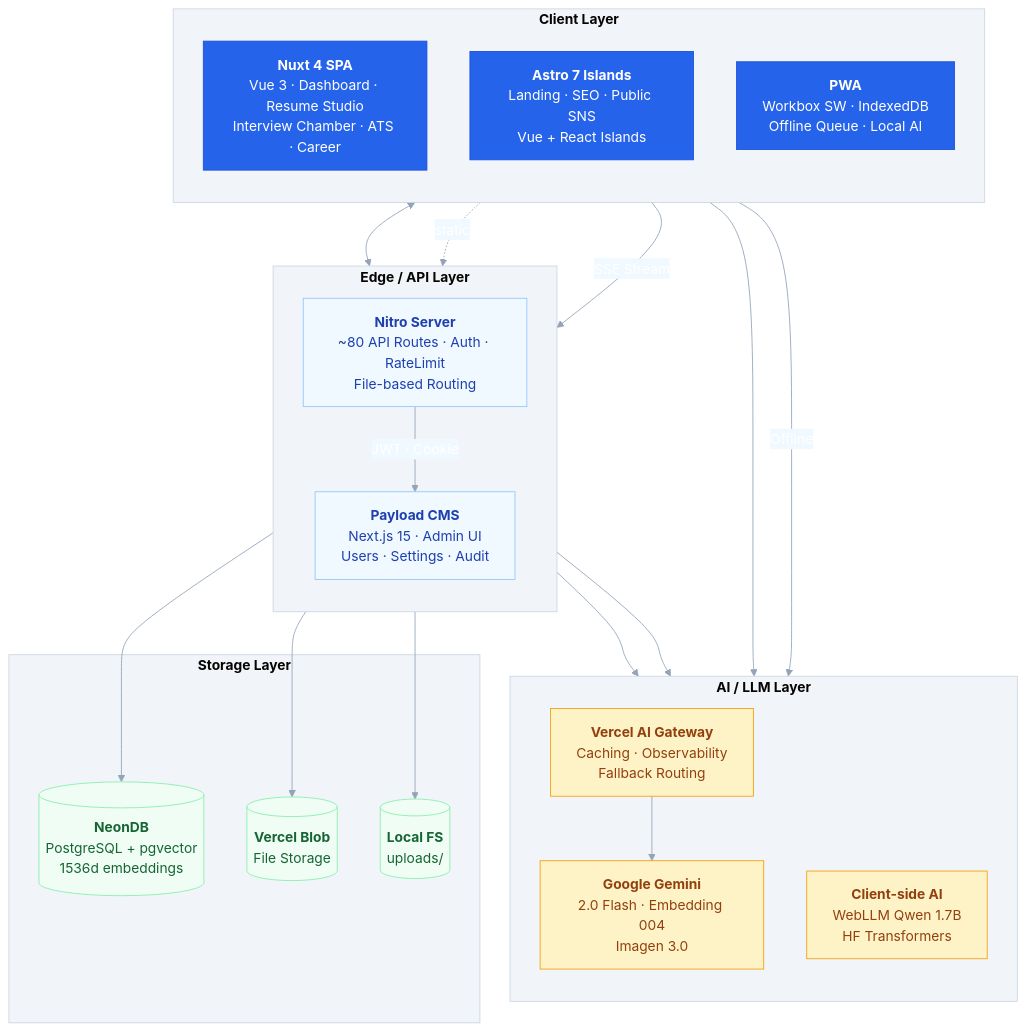
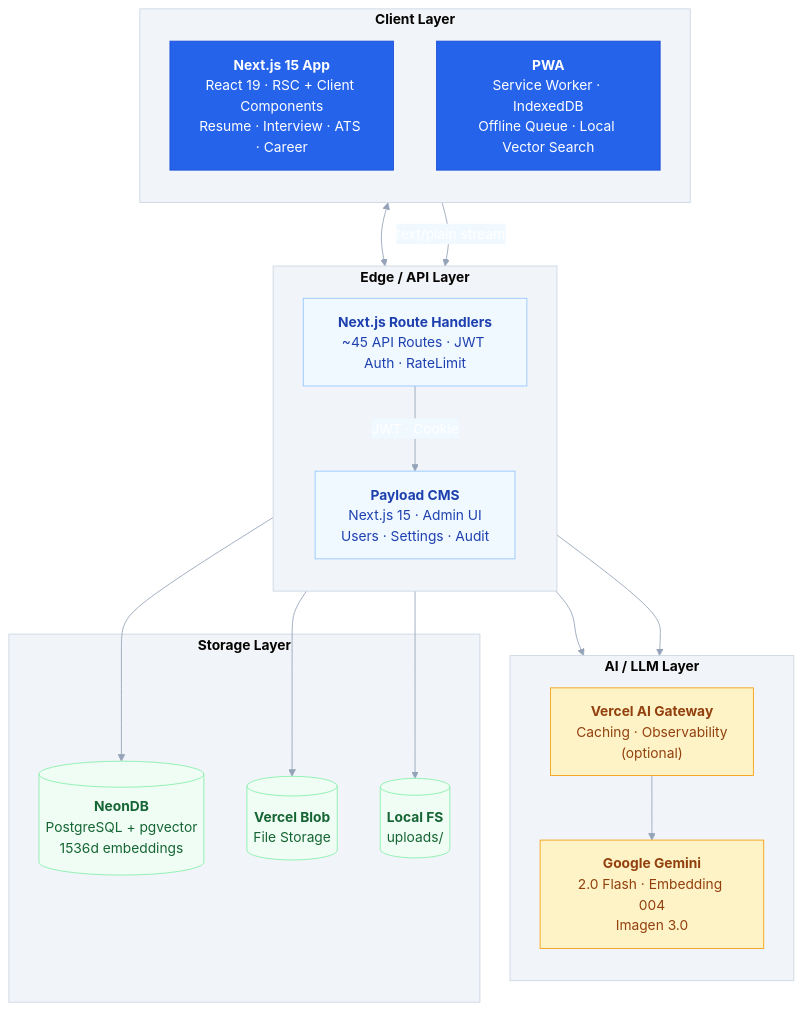
One commit to teamKairosdev/Kairos changed the first of 4 diagrams in README.md. Above: the diagram before and after it, drawn with Mermaid. The commit also changed other lines of this file and 156 other files, not shown here.

First line of the commit message:
refactor: Next.js 단일 프레임워크 전환 완료 + AI SDK 제거 (LLM 직접 REST 구현)

````diff
--- a/README.md
+++ b/README.md
@@ -11,51 +11,46 @@
 ```mermaid
 %%{init: {'theme':'base', 'themeVariables': { 'primaryColor': '#2563eb', 'primaryTextColor': '#fff', 'primaryBorderColor': '#1d4ed8', 'lineColor': '#94a3b8', 'secondaryColor': '#f0f9ff', 'tertiaryColor': '#f8fafc', 'clusterBkg': '#f1f5f9', 'clusterBorder': '#cbd5e1', 'nodeBorder': '#475569', 'nodeTextColor': '#1e293b'}}}%%
 flowchart TB
     subgraph Client["<b>Client Layer</b>"]
         direction TB
-        NUXT["<b>Nuxt 4 SPA</b><br/>Vue 3 · Dashboard · Resume Studio<br/>Interview Chamber · ATS · Career"]
-        ASTRO["<b>Astro 7 Islands</b><br/>Landing · SEO · Public SNS<br/>Vue + React Islands"]
-        PWA["<b>PWA</b><br/>Workbox SW · IndexedDB<br/>Offline Queue · Local AI"]
+        NEXT["<b>Next.js 15 App</b><br/>React 19 · RSC + Client Components<br/>Resume · Interview · ATS · Career"]
+        PWA["<b>PWA</b><br/>Service Worker · IndexedDB<br/>Offline Queue · Local Vector Search"]
     end
 
     subgraph Edge["<b>Edge / API Layer</b>"]
         direction TB
-        NITRO["<b>Nitro Server</b><br/>~80 API Routes · Auth · RateLimit<br/>File-based Routing"]
+        API["<b>Next.js Route Handlers</b><br/>~45 API Routes · JWT Auth · RateLimit"]
         PAYLOAD["<b>Payload CMS</b><br/>Next.js 15 · Admin UI<br/>Users · Settings · Audit"]
     end
 
     subgraph AI["<b>AI / LLM Layer</b>"]
         direction TB
         GEMINI["<b>Google Gemini</b><br/>2.0 Flash · Embedding 004<br/>Imagen 3.0"]
-        GATEWAY["<b>Vercel AI Gateway</b><br/>Caching · Observability<br/>Fallback Routing"]
-        LOCALAI["<b>Client-side AI</b><br/>WebLLM Qwen 1.7B<br/>HF Transformers"]
+        GATEWAY["<b>Vercel AI Gateway</b><br/>Caching · Observability<br/>(optional)"]
     end
 
     subgraph Storage["<b>Storage Layer</b>"]
         NEON[("<b>NeonDB</b><br/>PostgreSQL + pgvector<br/>1536d embeddings")]
         BLOB[("<b>Vercel Blob</b><br/>File Storage")]
         LOCAL[("<b>Local FS</b><br/>uploads/")]
     end
 
-    NUXT <--> NITRO
-    ASTRO -.->|"static"| NITRO
-    NITRO -->|"JWT · Cookie"| PAYLOAD
-    NITRO --> GEMINI
-    NITRO --> GATEWAY
+    NEXT <--> API
+    API -->|"JWT · Cookie"| PAYLOAD
+    API --> GEMINI
+    API --> GATEWAY
     GATEWAY --> GEMINI
-    NITRO --> NEON
-    NITRO --> BLOB
-    NITRO --> LOCAL
-    NUXT --> LOCALAI
-    NUXT -->|"SSE Stream"| NITRO
-    PWA -->|"Offline"| LOCALAI
+    API --> NEON
+    API --> BLOB
+    API --> LOCAL
+    NEXT -->|"text/plain stream"| API
 
     classDef primary fill:#2563eb,color:#fff,stroke:#1d4ed8
     classDef secondary fill:#f0f9ff,stroke:#93c5fd,color:#1e40af
     classDef accent fill:#fef3c7,stroke:#f59e0b,color:#92400e
     classDef storage fill:#f0fdf4,stroke:#86efac,color:#166534
-    class NUXT,ASTRO,PWA primary
-    class NITRO,PAYLOAD secondary
-    class GEMINI,GATEWAY,LOCALAI accent
+    class NEXT,PWA primary
+    class API,PAYLOAD secondary
+    class GEMINI,GATEWAY accent
     class NEON,BLOB,LOCAL storage
 ```
````
